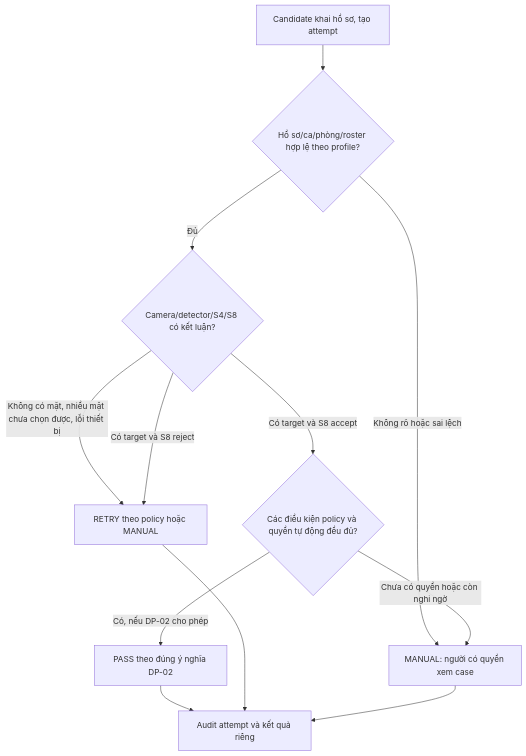
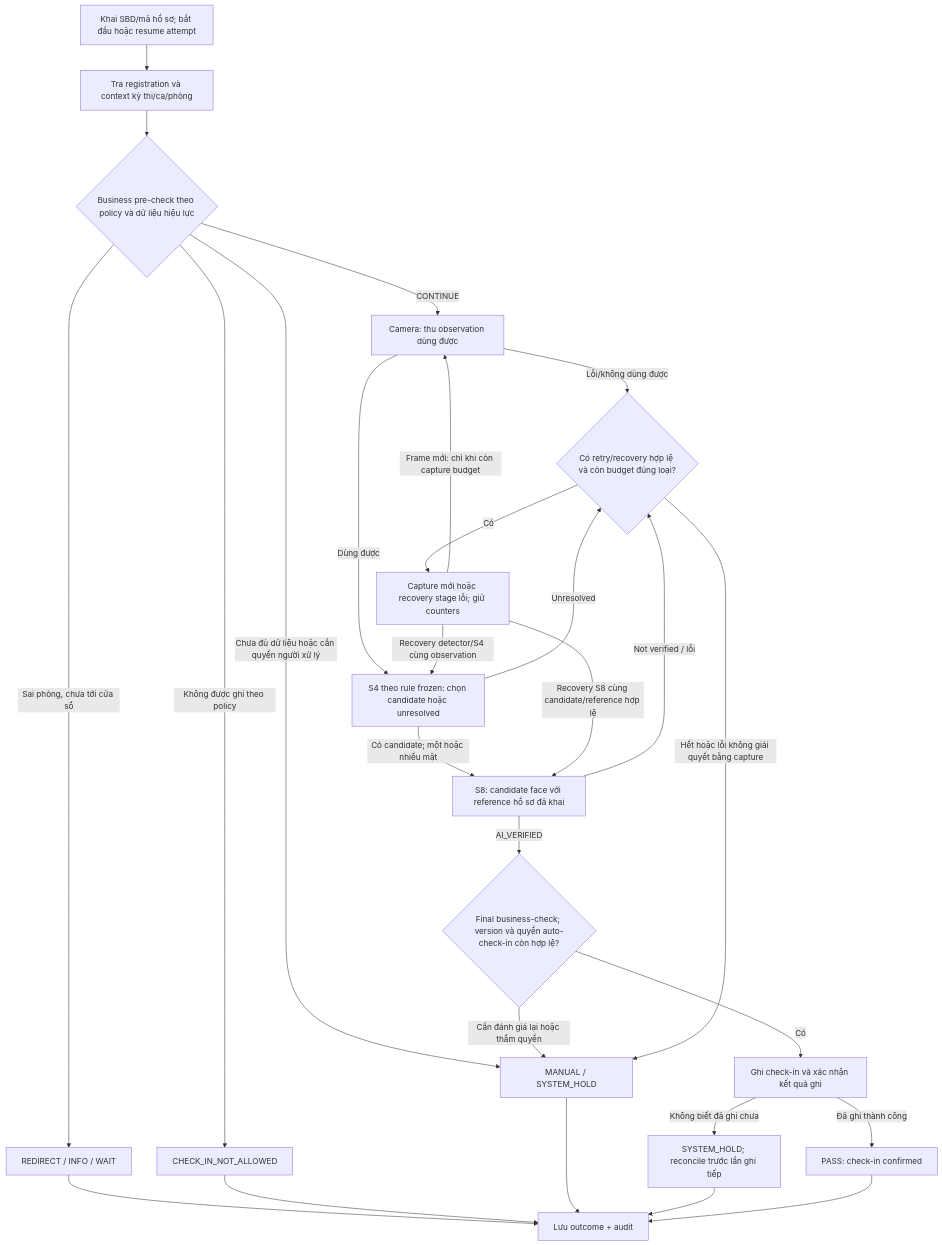
The diagram in docs/01-problem/T-024-demo-decision-policy.md (quocanwyf/doantotnghiep2nguoi), drawn with Mermaid before and after one commit. The commit also changed other lines of this file and 6 other files, not shown here.

Commit message:
T-024 document business and AI demo policy contract

````diff
--- a/docs/01-problem/T-024-demo-decision-policy.md
+++ b/docs/01-problem/T-024-demo-decision-policy.md
@@ -38,14 +53,29 @@
 ```mermaid
 flowchart TD
-    A[Candidate khai hồ sơ, tạo attempt] --> B{Hồ sơ/ca/phòng/roster hợp lệ theo profile?}
-    B -->|Không rõ hoặc sai lệch| M[MANUAL: người có quyền xem case]
-    B -->|Đủ| C{Camera/detector/S4/S8 có kết luận?}
-    C -->|Không có mặt, nhiều mặt chưa chọn được, lỗi thiết bị| R[RETRY theo policy hoặc MANUAL]
-    C -->|Có target và S8 reject| R
-    C -->|Có target và S8 accept| D{Các điều kiện policy và quyền tự động đều đủ?}
-    D -->|Có, nếu DP-02 cho phép| P[PASS theo đúng ý nghĩa DP-02]
-    D -->|Chưa có quyền hoặc còn nghi ngờ| M
-    P --> E[Audit attempt và kết quả riêng]
-    R --> E
-    M --> E
+    A["Khai SBD/mã hồ sơ; bắt đầu hoặc resume attempt"] --> B["Tra registration và context kỳ thi/ca/phòng"]
+    B --> C{"Business pre-check theo policy và dữ liệu hiệu lực"}
+    C -->|"Chưa đủ dữ liệu hoặc cần quyền người xử lý"| M["MANUAL / SYSTEM_HOLD"]
+    C -->|"Sai phòng, chưa tới cửa sổ"| I["REDIRECT / INFO / WAIT"]
+    C -->|"Không được ghi theo policy"| N["CHECK_IN_NOT_ALLOWED"]
+    C -->|"CONTINUE"| D["Camera: thu observation dùng được"]
+    D -->|"Lỗi/không dùng được"| R{"Có retry/recovery hợp lệ và còn budget đúng loại?"}
+    D -->|"Dùng được"| S["S4 theo rule frozen: chọn candidate hoặc unresolved"]
+    S -->|"Unresolved"| R
+    S -->|"Có candidate; một hoặc nhiều mặt"| V["S8: candidate face với reference hồ sơ đã khai"]
+    V -->|"Not verified / lỗi"| R
+    V -->|"AI_VERIFIED"| F{"Final business-check; version và quyền auto-check-in còn hợp lệ?"}
+    F -->|"Có"| W["Ghi check-in và xác nhận kết quả ghi"]
+    F -->|"Cần đánh giá lại hoặc thẩm quyền"| M
+    W -->|"Đã ghi thành công"| P["PASS: check-in confirmed"]
+    W -->|"Không biết đã ghi chưa"| H["SYSTEM_HOLD; reconcile trước lần ghi tiếp"]
+    R -->|"Có"| T["Capture mới hoặc recovery stage lỗi; giữ counters"]
+    T -->|"Frame mới: chỉ khi còn capture budget"| D
+    T -->|"Recovery detector/S4 cùng observation"| S
+    T -->|"Recovery S8 cùng candidate/reference hợp lệ"| V
+    R -->|"Hết hoặc lỗi không giải quyết bằng capture"| M
+    I --> L["Lưu outcome + audit"]
+    N --> L
+    M --> L
+    H --> L
+    P --> L
 ```
````
